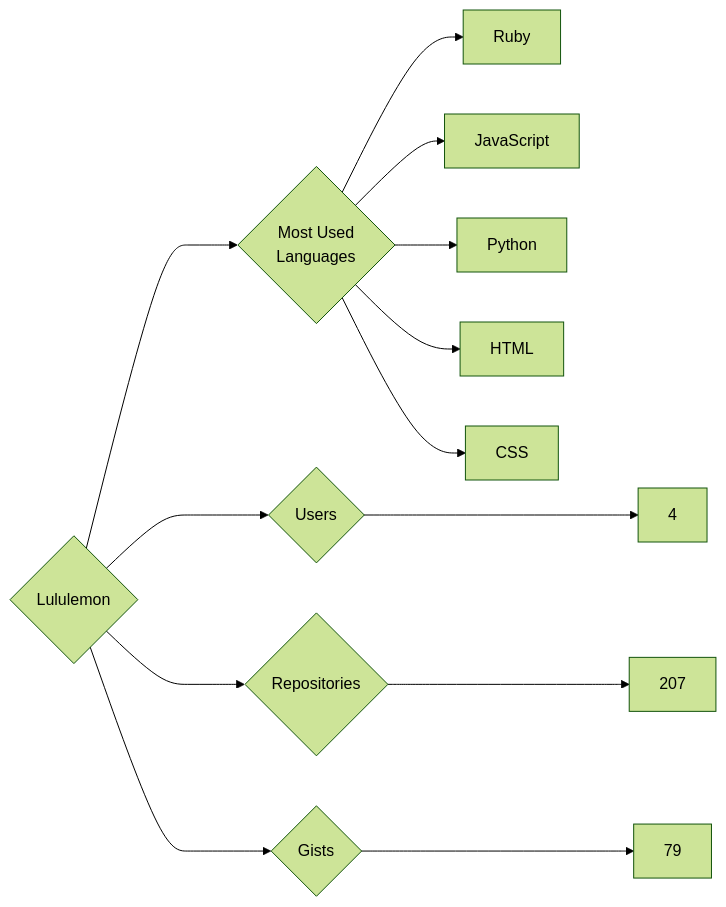
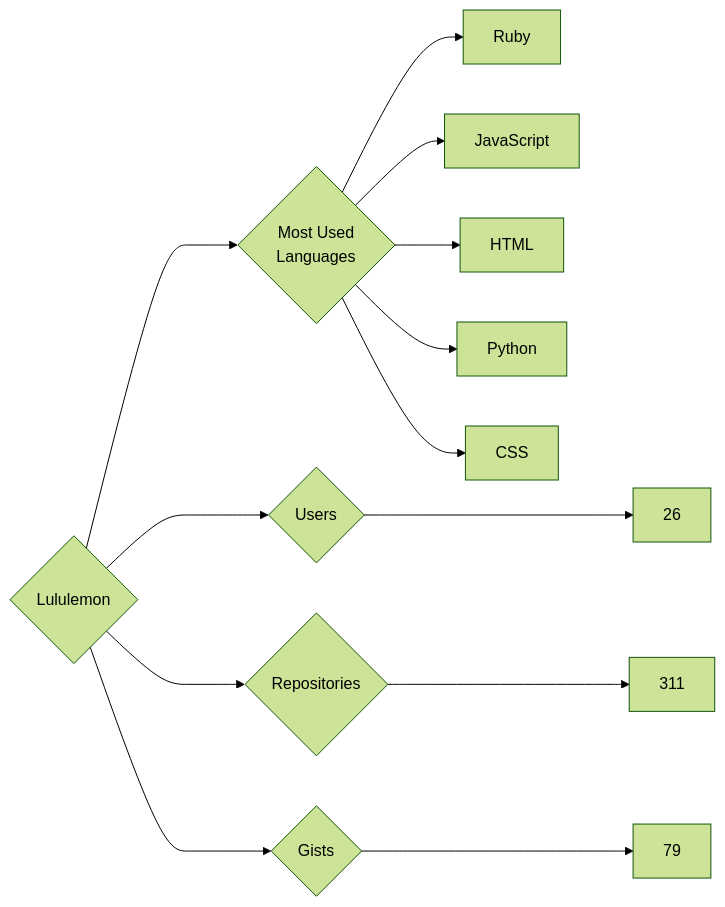
Before and after one commit to trickest/insiders: the diagram in targets/Lululemon/README.md, drawn with Mermaid (forest theme). The commit also changed 750 other files, not shown here.

````diff
--- a/targets/Lululemon/README.md
+++ b/targets/Lululemon/README.md
@@ -3,13 +3,13 @@
 ```mermaid
 graph LR
 COMPANY_NAME{Lululemon}
-COMPANY_NAME ---> U{Users} ---> UN[4]
-COMPANY_NAME ---> R{Repositories} ---> RN[207]
+COMPANY_NAME ---> U{Users} ---> UN[26]
+COMPANY_NAME ---> R{Repositories} ---> RN[311]
 COMPANY_NAME ---> G{Gists} ---> GN[79]
 COMPANY_NAME ---> ML{Most Used<br>Languages}
 ML --> Ruby[Ruby]
 ML --> JavaScript[JavaScript]
+ML --> HTML[HTML]
 ML --> Python[Python]
-ML --> HTML[HTML]
 ML --> CSS[CSS]
 ```
````
